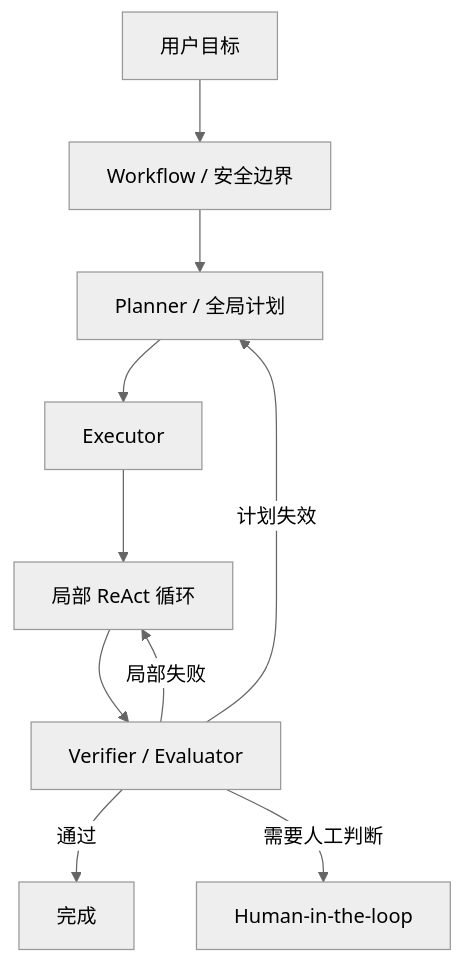
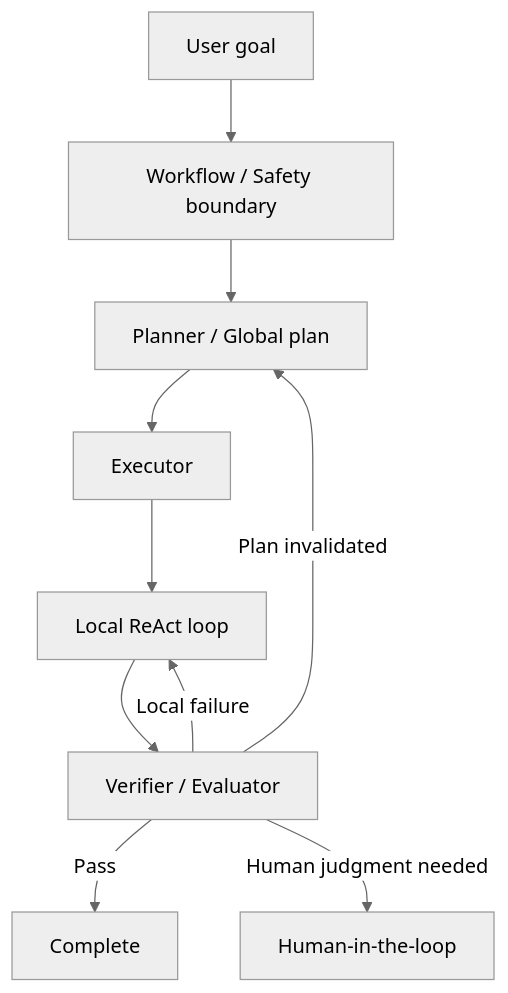
One commit to oneleaveknowsthefall/awesome-ai-roadmap changed the first of 10 diagrams in docs/agent/02-reasoning-planning/04-agent-design-patterns.md. Above: the diagram before and after it, drawn with Mermaid (neutral theme). The commit also changed other lines of this file and 68 other files, not shown here.

````diff
--- a/docs/agent/02-reasoning-planning/04-agent-design-patterns.md
+++ b/docs/agent/02-reasoning-planning/04-agent-design-patterns.md
@@ -23,12 +23,12 @@
 ```mermaid
 flowchart TB
-    G[用户目标] --> WF[Workflow / 安全边界]
-    WF --> P[Planner / 全局计划]
+    G[User goal] --> WF[Workflow / Safety boundary]
+    WF --> P[Planner / Global plan]
     P --> E[Executor]
-    E --> R[局部 ReAct 循环]
+    E --> R[Local ReAct loop]
     R --> V[Verifier / Evaluator]
-    V -->|通过| DONE[完成]
-    V -->|局部失败| R
-    V -->|计划失效| P
-    V -->|需要人工判断| H[Human-in-the-loop]
+    V -->|Pass| DONE[Complete]
+    V -->|Local failure| R
+    V -->|Plan invalidated| P
+    V -->|Human judgment needed| H[Human-in-the-loop]
 ```
````
